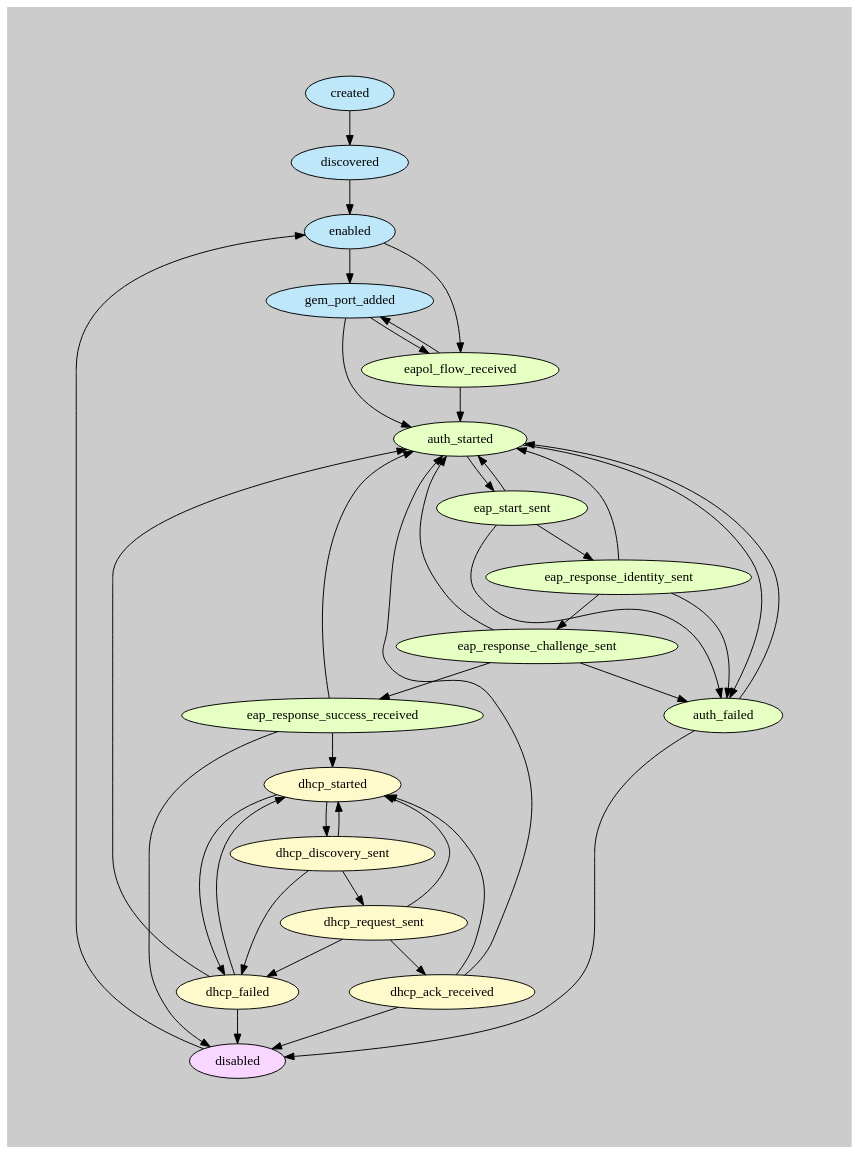
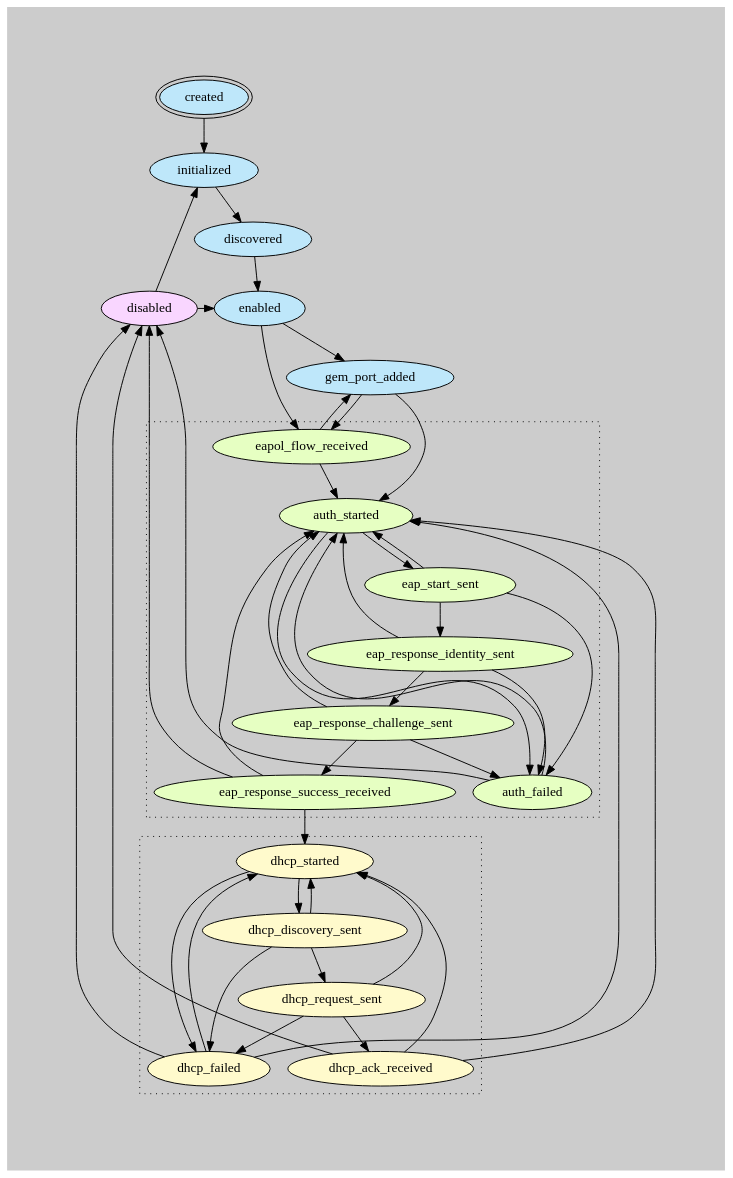
Before and after one commit to opencord/bbsim: the diagram in docs/source/onu-state-machine.rst, drawn with Graphviz. The commit also changed other lines of this file, not shown here.

Commit message:
[SEBA-873] update onu FSM diagram

```diff
--- a/docs/source/onu-state-machine.rst
+++ b/docs/source/onu-state-machine.rst
@@ -118,63 +122,92 @@
 .. graphviz::
 
     digraph {
+        rankdir=TB
+        newrank=true
         graph [pad="1,1" bgcolor="#cccccc"]
         node [style=filled]
 
-        created [fillcolor="#bee7fa"]
-        discovered [fillcolor="#bee7fa"]
-        enabled [fillcolor="#bee7fa"]
-        disabled [fillcolor="#f9d6ff"]
-        gem_port_added [fillcolor="#bee7fa"]
+        subgraph {
+            node [fillcolor="#bee7fa"]
 
-        eapol_flow_received [fillcolor="#e6ffc2"]
-        auth_started [fillcolor="#e6ffc2"]
-        eap_start_sent [fillcolor="#e6ffc2"]
-        eap_response_identity_sent [fillcolor="#e6ffc2"]
-        eap_response_challenge_sent [fillcolor="#e6ffc2"]
-        eap_response_success_received [fillcolor="#e6ffc2"]
-        auth_failed [fillcolor="#e6ffc2"]
+            created [peripheries=2]
+            initialized
+            discovered
+            { 
+                rank=same
+                enabled
+                disabled [fillcolor="#f9d6ff"]
+            }
+            gem_port_added
 
-        dhcp_started [fillcolor="#fffacc"]
-        dhcp_discovery_sent [fillcolor="#fffacc"]
-        dhcp_request_sent [fillcolor="#fffacc"]
-        dhcp_ack_received [fillcolor="#fffacc"]
-        dhcp_failed [fillcolor="#fffacc"]
+            {created, disabled} -> initialized -> discovered -> enabled
+        }
 
-        created -> discovered -> enabled
+        subgraph cluster_eapol {
+            style=rounded
+            style=dotted
+            node [fillcolor="#e6ffc2"]
+ 
+            eapol_flow_received
+            auth_started
+            eap_start_sent
+            eap_response_identity_sent
+            eap_response_challenge_sent
+            { 
+                rank=same
+                eap_response_success_received
+                auth_failed
+            }
+
+            auth_started -> eap_start_sent -> eap_response_identity_sent -> eap_response_challenge_sent -> eap_response_success_received
+            auth_started -> auth_failed
+            eap_start_sent -> auth_failed
+            eap_response_identity_sent -> auth_failed
+            eap_response_challenge_sent -> auth_failed
+
+            eap_start_sent -> auth_started
+            eap_response_identity_sent -> auth_started
+            eap_response_challenge_sent -> auth_started
+
+            eap_response_success_received -> auth_started
+            auth_failed -> auth_started
+        }
+
+        subgraph cluster_dhcp {
+            node [fillcolor="#fffacc"]
+            style=rounded
+            style=dotted
+            
+            dhcp_started
+            dhcp_discovery_sent
+            dhcp_request_sent
+            { 
+                rank=same
+                dhcp_ack_received
+                dhcp_failed
+            }
+            
+            dhcp_started -> dhcp_discovery_sent -> dhcp_request_sent -> dhcp_ack_received
+            dhcp_started -> dhcp_failed
+            dhcp_discovery_sent -> dhcp_failed
+            dhcp_request_sent -> dhcp_failed
+            dhcp_ack_received dhcp_failed
+
+            dhcp_discovery_sent -> dhcp_started
+            dhcp_request_sent -> dhcp_started
+            dhcp_ack_received -> dhcp_started
+            dhcp_failed -> dhcp_started
+        }
         enabled -> gem_port_added -> eapol_flow_received -> auth_started
         enabled -> eapol_flow_received -> gem_port_added -> auth_started
 
-        auth_started -> eap_start_sent -> eap_response_identity_sent -> eap_response_challenge_sent -> eap_response_success_received
-        auth_started -> auth_failed
-        eap_start_sent -> auth_failed
-        eap_response_identity_sent -> auth_failed
-        eap_response_challenge_sent -> auth_failed
-
-        eap_start_sent -> auth_started
-        eap_response_identity_sent -> auth_started
-        eap_response_challenge_sent -> auth_started
-
-        eap_response_success_received -> auth_started
-        auth_failed -> auth_started
-        dhcp_ack_received -> auth_started
-        dhcp_failed -> auth_started
+        {dhcp_ack_received, dhcp_failed} -> auth_started
 
         eap_response_success_received -> dhcp_started
-        dhcp_started -> dhcp_discovery_sent -> dhcp_request_sent -> dhcp_ack_received
-        dhcp_started -> dhcp_failed
-        dhcp_discovery_sent -> dhcp_failed
-        dhcp_request_sent -> dhcp_failed
-        dhcp_ack_received dhcp_failed
 
         eap_response_success_received -> disabled
         auth_failed -> disabled
         dhcp_ack_received -> disabled
         dhcp_failed -> disabled
         disabled -> enabled
-
-        dhcp_discovery_sent -> dhcp_started
-        dhcp_request_sent -> dhcp_started
-        dhcp_ack_received -> dhcp_started
-        dhcp_failed -> dhcp_started
     }
```
